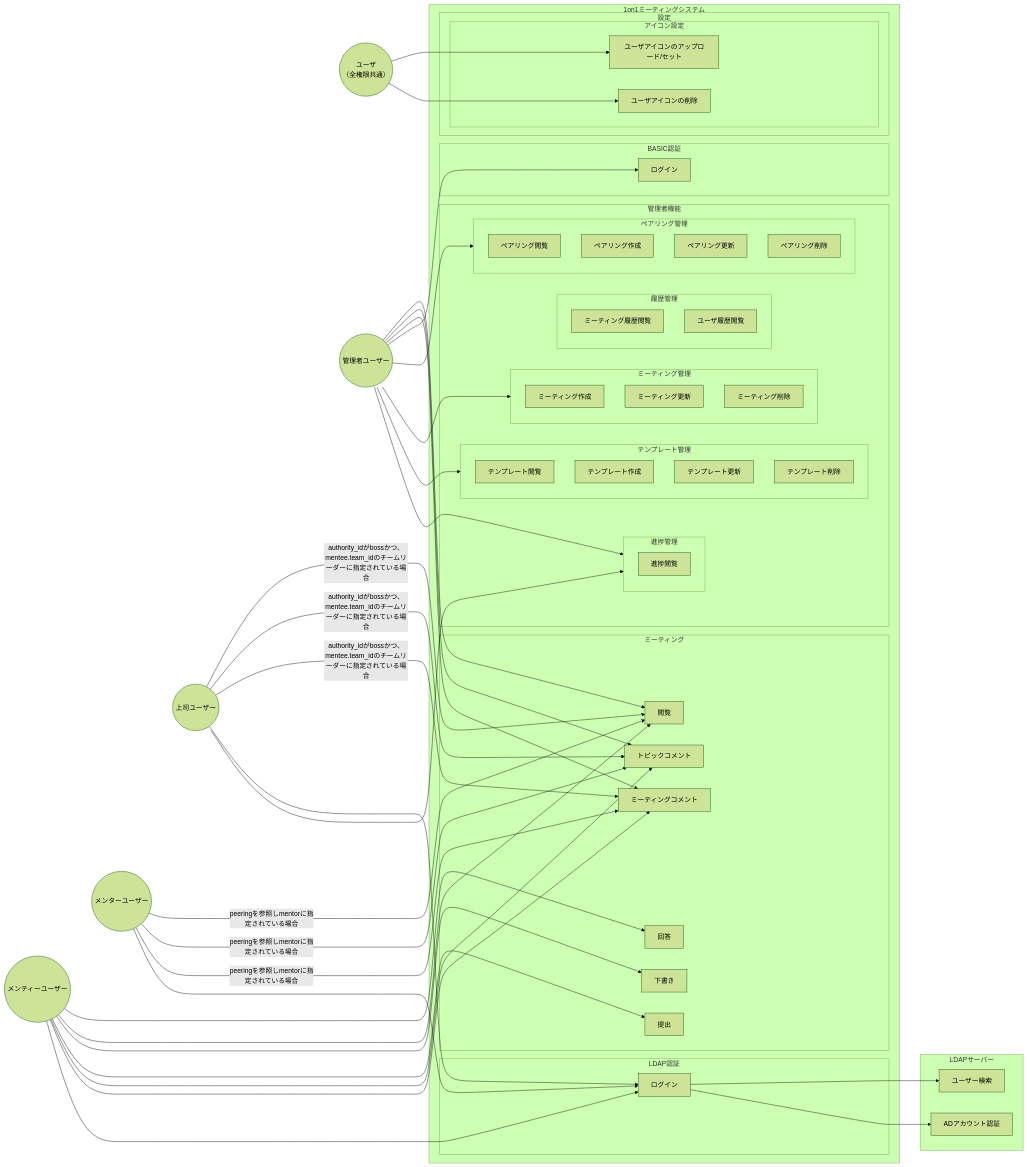
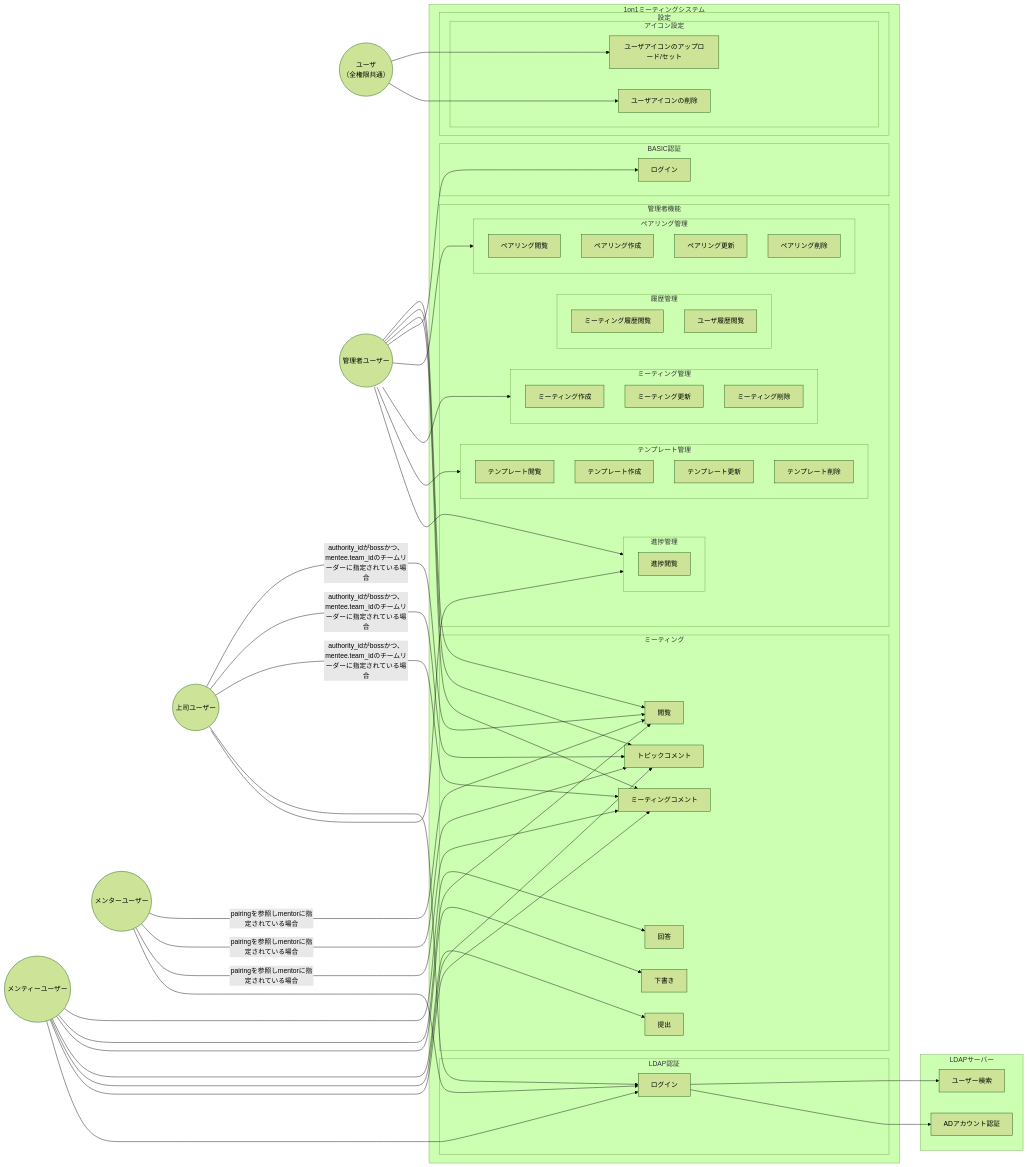
The diagram in doc/model/usecase.md (polarisbuds/growlink-origin), drawn with Mermaid (forest theme) before and after one commit. The commit also changed 3 other files, not shown here.

```diff
--- a/doc/model/usecase.md
+++ b/doc/model/usecase.md
@@ -34,12 +34,12 @@
     end
 
     subgraph management["管理者機能"]
-        subgraph mng_peering[ペアリング管理]
+        subgraph mng_pairing[ペアリング管理]
             %% 一覧表示
-            read_peering[ペアリング閲覧]
-            create_peering[ペアリング作成]
-            update_peering[ペアリング更新]
-            delete_peering[ペアリング削除]
+            read_pairing[ペアリング閲覧]
+            create_pairing[ペアリング作成]
+            update_pairing[ペアリング更新]
+            delete_pairing[ペアリング削除]
         end
 
         subgraph mng_template[テンプレート管理]
@@ -84,9 +84,9 @@
 mentee --> topic_comment
 mentee --> meeting_comment
 
-mentor -->|peeringを参照しmentorに指定されている場合| read
-mentor -->|peeringを参照しmentorに指定されている場合| topic_comment
-mentor -->|peeringを参照しmentorに指定されている場合| meeting_comment
+mentor -->|pairingを参照しmentorに指定されている場合| read
+mentor -->|pairingを参照しmentorに指定されている場合| topic_comment
+mentor -->|pairingを参照しmentorに指定されている場合| meeting_comment
 
 boss -->|authority_idがbossかつ、mentee.team_idのチームリーダーに指定されている場合| read
 boss -->|authority_idがbossかつ、mentee.team_idのチームリーダーに指定されている場合| topic_comment
@@ -96,7 +96,7 @@
 owner --> read
 owner --> topic_comment
 owner --> meeting_comment
-owner --> mng_peering
+owner --> mng_pairing
 owner --> mng_meeting
 owner --> mng_template
 owner --> mng_progress
```
